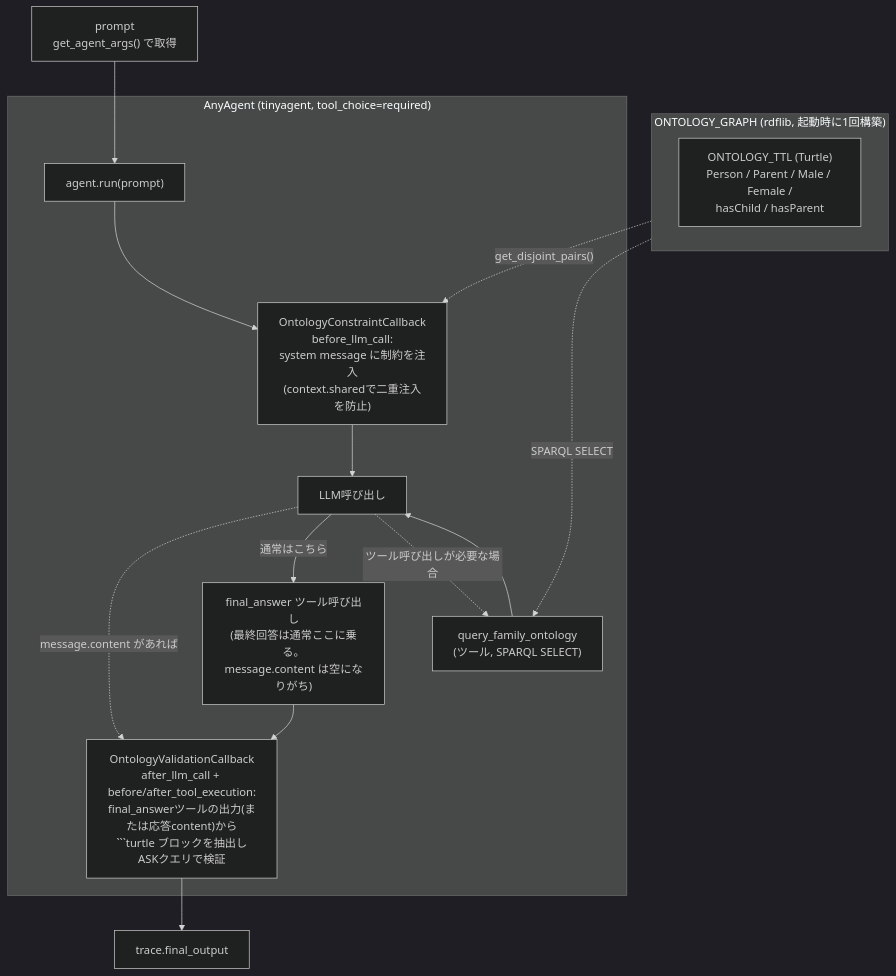
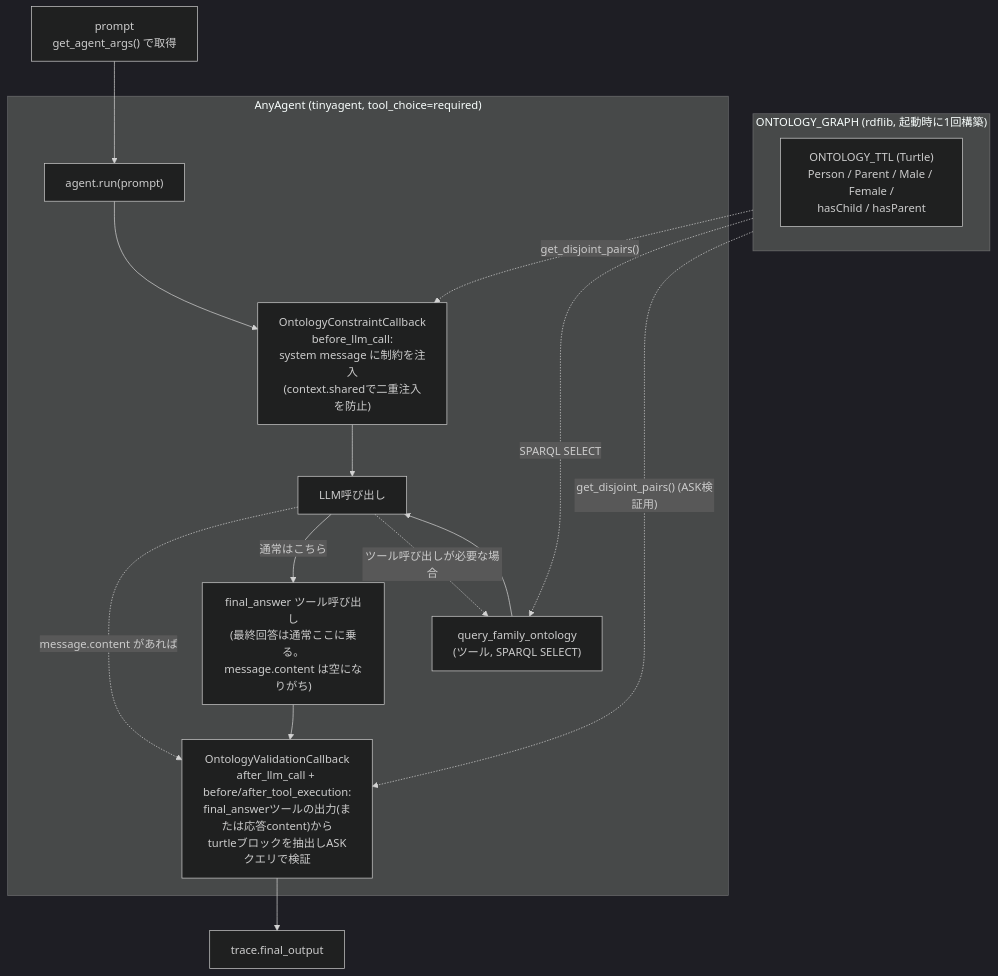
Before and after one commit to SzTk/oxml_agents: the diagram in README_ONTOLOGY.md, drawn with Mermaid (dark theme). The commit also changed other lines of this file, not shown here.

Commit message:
address code review feedback on README_ONTOLOGY.md

````diff
--- a/README_ONTOLOGY.md
+++ b/README_ONTOLOGY.md
@@ -7,27 +7,28 @@
 ```mermaid
 flowchart TD
     P["prompt<br/>get_agent_args() で取得"] --> A
 
     subgraph GRAPH["ONTOLOGY_GRAPH (rdflib, 起動時に1回構築)"]
         T["ONTOLOGY_TTL (Turtle)<br/>Person / Parent / Male / Female /<br/>hasChild / hasParent"]
     end
 
     GRAPH -.->|"get_disjoint_pairs()"| CB1
     GRAPH -.->|"SPARQL SELECT"| TOOL
+    GRAPH -.->|"get_disjoint_pairs() (ASK検証用)"| CB2
 
     subgraph AGENT["AnyAgent (tinyagent, tool_choice=required)"]
         A["agent.run(prompt)"]
         CB1["OntologyConstraintCallback<br/>before_llm_call:<br/>system message に制約を注入<br/>(context.sharedで二重注入を防止)"]
         LLM["LLM呼び出し"]
         FINAL["final_answer ツール呼び出し<br/>(最終回答は通常ここに乗る。<br/>message.content は空になりがち)"]
-        CB2["OntologyValidationCallback<br/>after_llm_call + before/after_tool_execution:<br/>final_answerツールの出力(または応答content)から<br/>```turtle ブロックを抽出しASKクエリで検証"]
+        CB2["OntologyValidationCallback<br/>after_llm_call + before/after_tool_execution:<br/>final_answerツールの出力(または応答content)から<br/>turtleブロックを抽出しASKクエリで検証"]
         TOOL["query_family_ontology<br/>(ツール, SPARQL SELECT)"]
 
         A --> CB1 --> LLM
         LLM -.->|"message.content があれば"| CB2
         LLM -->|"通常はこちら"| FINAL --> CB2
         LLM -.->|"ツール呼び出しが必要な場合"| TOOL --> LLM
     end
 
     CB2 --> O["trace.final_output"]
 ```
````
